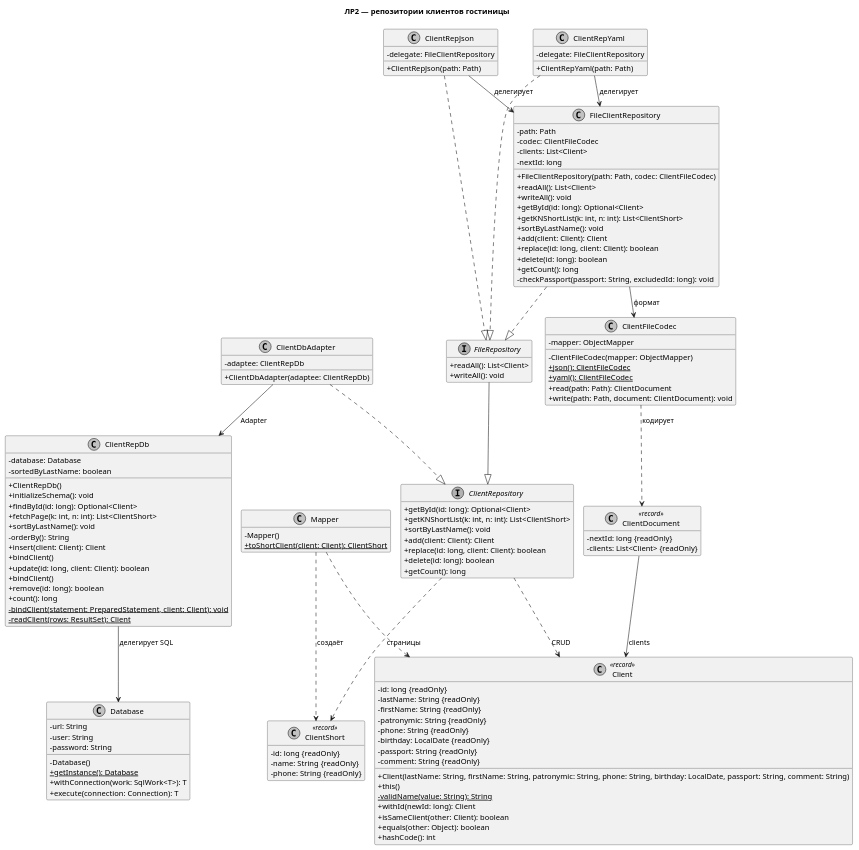
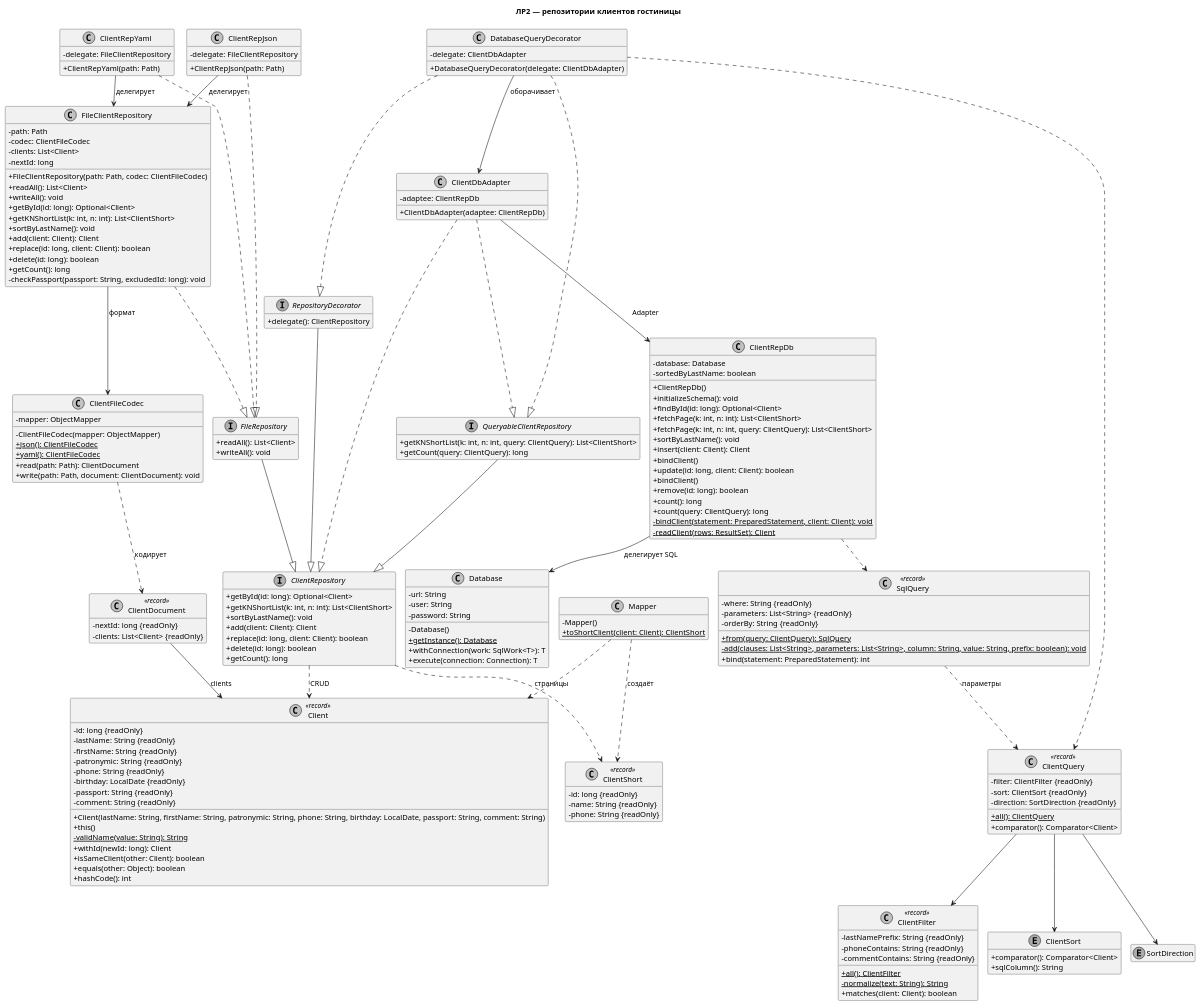
One commit to enteryourworld/information-system-design changed the diagram in лаб2/docs/class-diagram.puml. Above: the diagram before and after it, drawn with PlantUML. The commit also changed 15 other files, not shown here.

```diff
--- a/лаб2/docs/class-diagram.puml
+++ b/лаб2/docs/class-diagram.puml
@@ -44,6 +44,23 @@
   + write(path: Path, document: ClientDocument): void
 }
 
+class ClientFilter <<record>> {
+  - lastNamePrefix: String {readOnly}
+  - phoneContains: String {readOnly}
+  - commentContains: String {readOnly}
+  + {static} all(): ClientFilter
+  - {static} normalize(text: String): String
+  + matches(client: Client): boolean
+}
+
+class ClientQuery <<record>> {
+  - filter: ClientFilter {readOnly}
+  - sort: ClientSort {readOnly}
+  - direction: SortDirection {readOnly}
+  + {static} all(): ClientQuery
+  + comparator(): Comparator<Client>
+}
+
 class ClientRepDb {
   - database: Database
   - sortedByLastName: boolean
@@ -51,14 +68,15 @@
   + initializeSchema(): void
   + findById(id: long): Optional<Client>
   + fetchPage(k: int, n: int): List<ClientShort>
+  + fetchPage(k: int, n: int, query: ClientQuery): List<ClientShort>
   + sortByLastName(): void
-  - orderBy(): String
   + insert(client: Client): Client
   + bindClient()
   + update(id: long, client: Client): boolean
   + bindClient()
   + remove(id: long): boolean
   + count(): long
+  + count(query: ClientQuery): long
   - {static} bindClient(statement: PreparedStatement, client: Client): void
   - {static} readClient(rows: ResultSet): Client
 }
@@ -89,6 +107,11 @@
   - phone: String {readOnly}
 }
 
+enum ClientSort {
+  + comparator(): Comparator<Client>
+  + sqlColumn(): String
+}
+
 class Database {
   - url: String
   - user: String
@@ -97,6 +120,11 @@
   + {static} getInstance(): Database
   + withConnection(work: SqlWork<T>): T
   + execute(connection: Connection): T
+}
+
+class DatabaseQueryDecorator {
+  - delegate: ClientDbAdapter
+  + DatabaseQueryDecorator(delegate: ClientDbAdapter)
 }
 
 class FileClientRepository {
@@ -127,6 +155,27 @@
   + {static} toShortClient(client: Client): ClientShort
 }
 
+interface QueryableClientRepository {
+  + getKNShortList(k: int, n: int, query: ClientQuery): List<ClientShort>
+  + getCount(query: ClientQuery): long
+}
+
+interface RepositoryDecorator {
+  + delegate(): ClientRepository
+}
+
+enum SortDirection {
+}
+
+class SqlQuery <<record>> {
+  - where: String {readOnly}
+  - parameters: List<String> {readOnly}
+  - orderBy: String {readOnly}
+  + {static} from(query: ClientQuery): SqlQuery
+  - {static} add(clauses: List<String>, parameters: List<String>, column: String, value: String, prefix: boolean): void
+  + bind(statement: PreparedStatement): int
+}
+
 FileRepository --|> ClientRepository
 ClientRepJson ..|> FileRepository
 ClientRepYaml ..|> FileRepository
@@ -143,4 +192,16 @@
 ClientRepDb --> Database : делегирует SQL
 ClientDbAdapter ..|> ClientRepository
 ClientDbAdapter --> ClientRepDb : Adapter
+QueryableClientRepository --|> ClientRepository
+RepositoryDecorator --|> ClientRepository
+DatabaseQueryDecorator ..|> RepositoryDecorator
+DatabaseQueryDecorator ..|> QueryableClientRepository
+DatabaseQueryDecorator --> ClientDbAdapter : оборачивает
+ClientDbAdapter ..|> QueryableClientRepository
+ClientQuery --> ClientFilter
+ClientQuery --> ClientSort
+ClientQuery --> SortDirection
+SqlQuery ..> ClientQuery : параметры
+ClientRepDb ..> SqlQuery
+DatabaseQueryDecorator ..> ClientQuery
 @enduml
```
